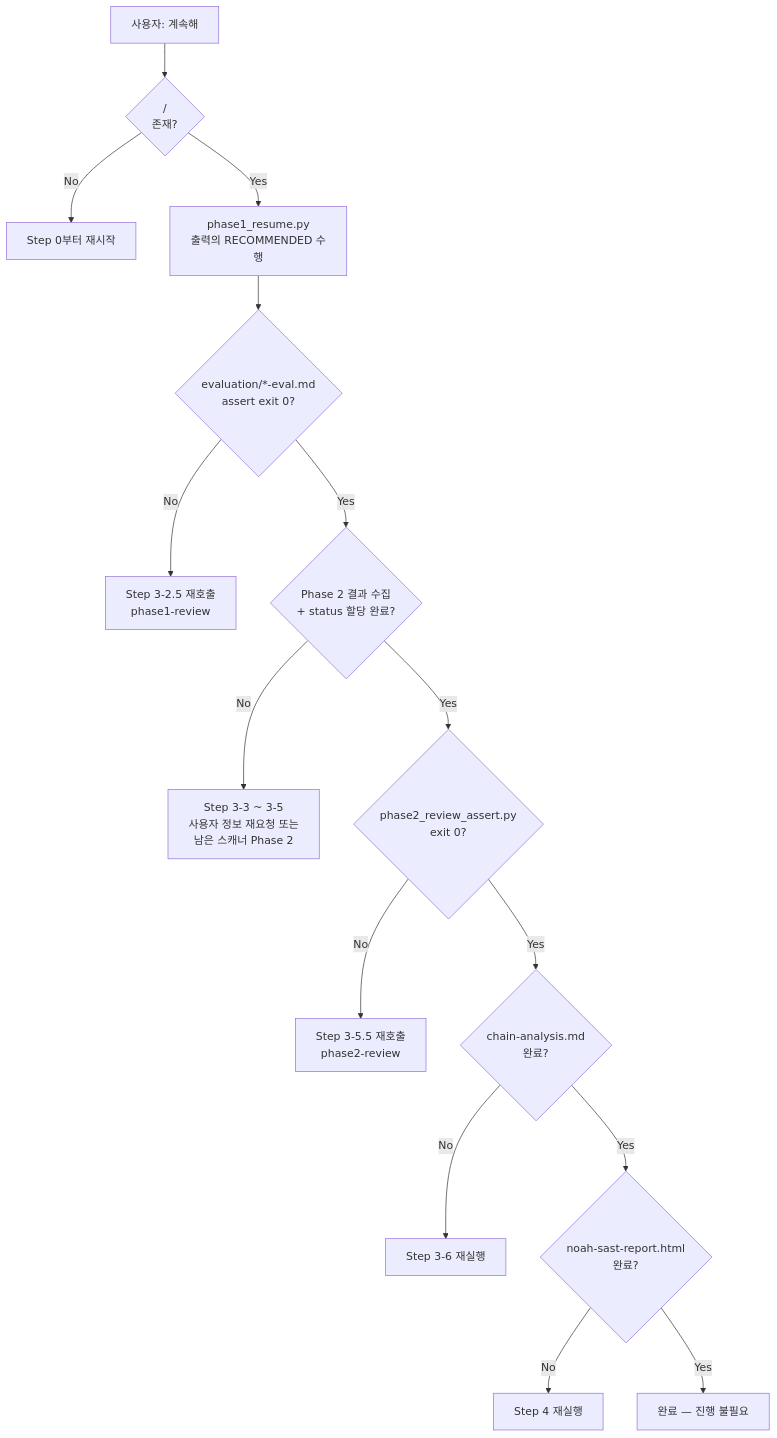
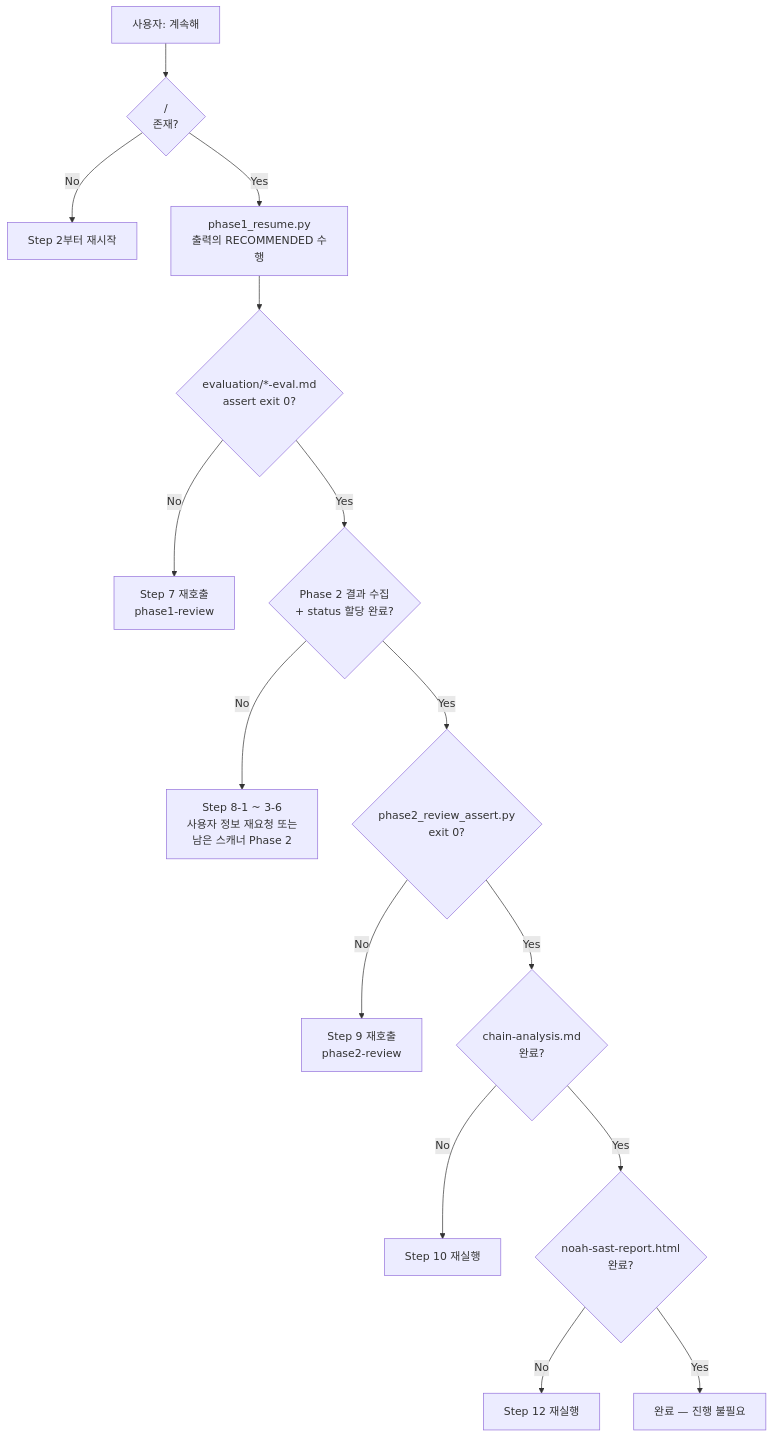
Before and after one commit to nomarlhack/noah-sast: the diagram in skills/sast/docs/resume.md, drawn with Mermaid. The commit also changed other lines of this file and 15 other files, not shown here.

````diff
--- a/skills/sast/docs/resume.md
+++ b/skills/sast/docs/resume.md
@@ -33,17 +33,17 @@
 ```mermaid
 flowchart TD
     U["사용자: 계속해"] --> C1{"<PHASE1_RESULTS_DIR>/<br/>존재?"}
-    C1 -->|No| R0["Step 0부터 재시작"]
+    C1 -->|No| R0["Step 2부터 재시작"]
     C1 -->|Yes| RP1["phase1_resume.py<br/>출력의 RECOMMENDED 수행"]
     RP1 --> C4{"evaluation/*-eval.md<br/>assert exit 0?"}
-    C4 -->|No| R3["Step 3-2.5 재호출<br/>phase1-review"]
+    C4 -->|No| R3["Step 7 재호출<br/>phase1-review"]
     C4 -->|Yes| C5{"Phase 2 결과 수집<br/>+ status 할당 완료?"}
-    C5 -->|No| R4["Step 3-3 ~ 3-5<br/>사용자 정보 재요청 또는<br/>남은 스캐너 Phase 2"]
+    C5 -->|No| R4["Step 8-1 ~ 3-6<br/>사용자 정보 재요청 또는<br/>남은 스캐너 Phase 2"]
     C5 -->|Yes| C6{"phase2_review_assert.py<br/>exit 0?"}
-    C6 -->|No| R5["Step 3-5.5 재호출<br/>phase2-review"]
+    C6 -->|No| R5["Step 9 재호출<br/>phase2-review"]
     C6 -->|Yes| C7{"chain-analysis.md<br/>완료?"}
-    C7 -->|No| R6["Step 3-6 재실행"]
+    C7 -->|No| R6["Step 10 재실행"]
     C7 -->|Yes| C8{"noah-sast-report.html<br/>완료?"}
-    C8 -->|No| R7["Step 4 재실행"]
+    C8 -->|No| R7["Step 12 재실행"]
     C8 -->|Yes| Done["완료 — 진행 불필요"]
 ```
````
